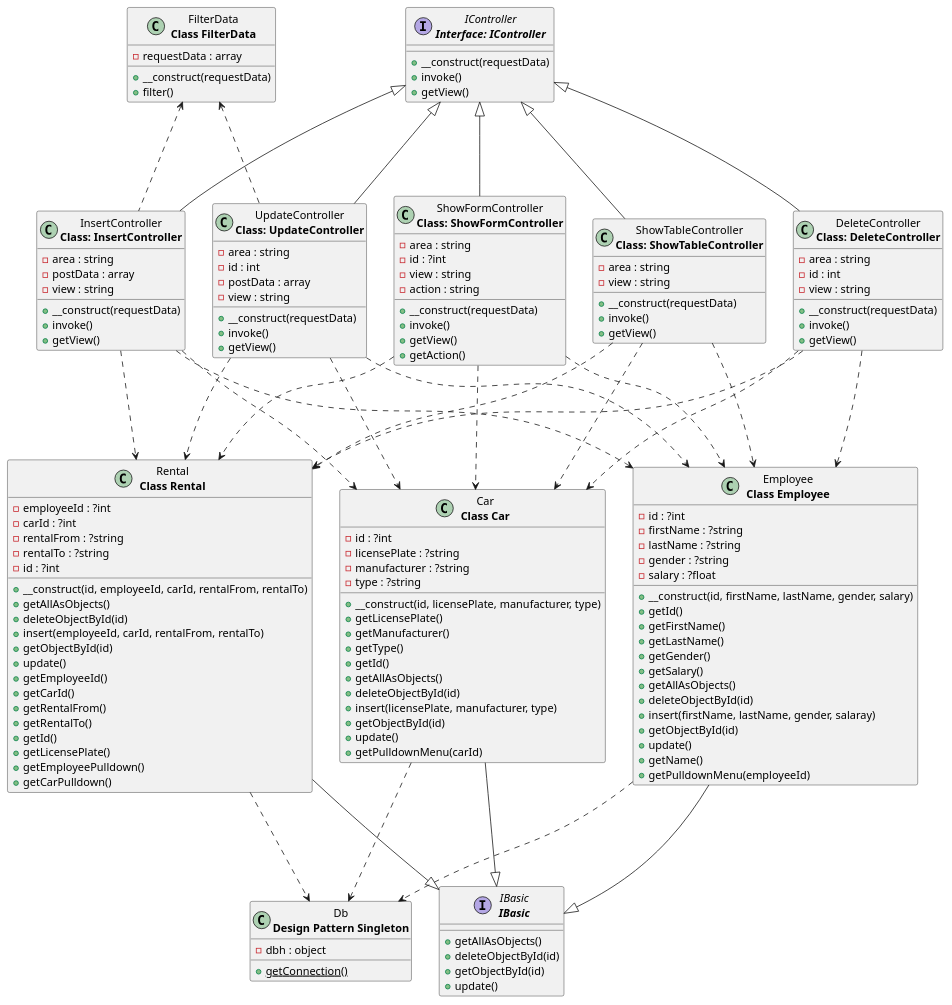
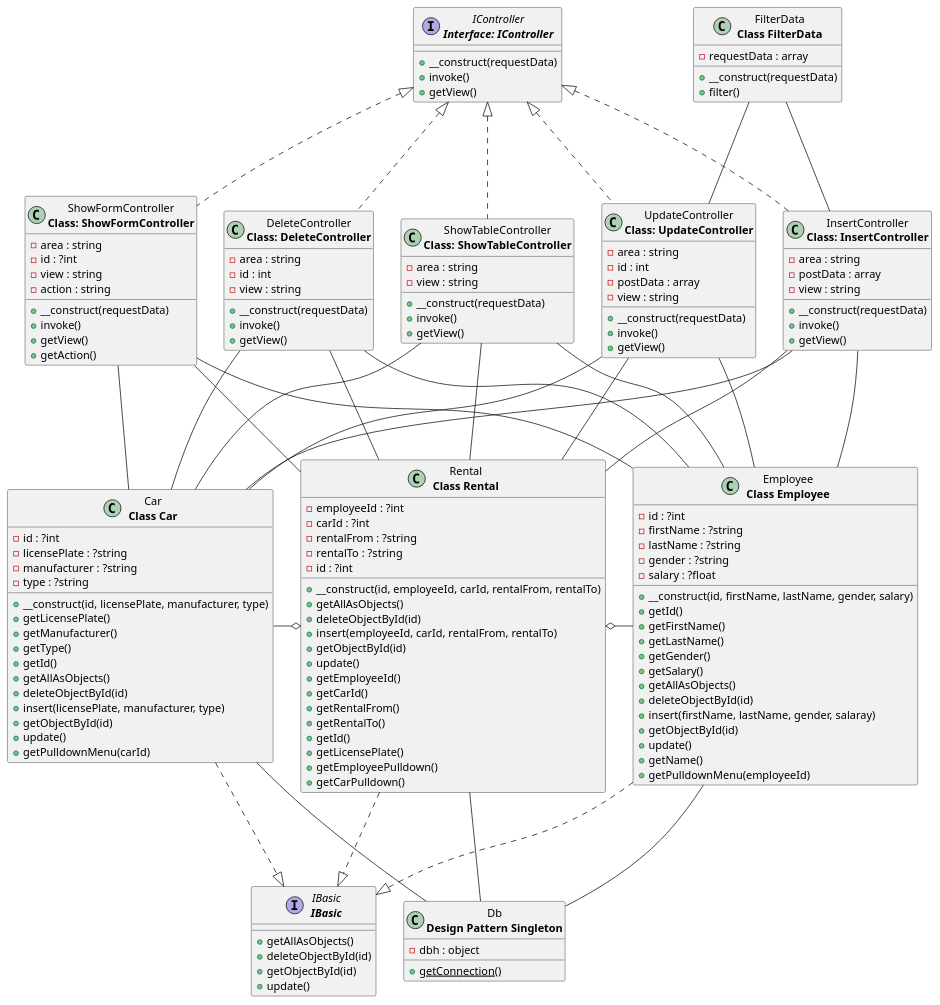
The diagram in doc/uml_classes.puml (23b00t/company), drawn with PlantUML before and after one commit. The commit also changed 3 other files, not shown here.

Commit message:
Refactoring; UML class diagramm

```diff
--- a/doc/uml_classes.puml
+++ b/doc/uml_classes.puml
@@ -1,150 +1,152 @@
 @startuml
   class "Employee\n<b>Class Employee</b>" as Employee {
     -id : ?int
     -firstName : ?string
     -lastName : ?string
     -gender : ?string
     -salary : ?float
     +__construct(id, firstName, lastName, gender, salary)
     +getId()
     +getFirstName()
     +getLastName()
     +getGender()
     +getSalary()
     +getAllAsObjects()
     +deleteObjectById(id)
     +insert(firstName, lastName, gender, salaray)
     +getObjectById(id)
     +update()
     +getName()
     +getPulldownMenu(employeeId)
   }
   class "Rental\n<b>Class Rental</b>" as Rental {
     -employeeId : ?int
     -carId : ?int
     -rentalFrom : ?string
     -rentalTo : ?string
     -id : ?int
     +__construct(id, employeeId, carId, rentalFrom, rentalTo)
     +getAllAsObjects()
     +deleteObjectById(id)
     +insert(employeeId, carId, rentalFrom, rentalTo)
     +getObjectById(id)
     +update()
     +getEmployeeId()
     +getCarId()
     +getRentalFrom()
     +getRentalTo()
     +getId()
     +getLicensePlate()
     +getEmployeePulldown()
     +getCarPulldown()
   }
   class "FilterData\n<b>Class FilterData</b>" as FilterData {
     -requestData : array
     +__construct(requestData)
     +filter()
   }
   class "InsertController\n<b>Class: InsertController</b>" as InsertController {
     -area : string
     -postData : array
     -view : string
     +__construct(requestData)
     +invoke()
     +getView()
   }
   interface "IController\n<b>Interface: IController</b>" as IController {
     +__construct(requestData)
     +invoke()
     +getView()
   }
   class "ShowTableController\n<b>Class: ShowTableController</b>" as ShowTableController {
     -area : string
     -view : string
     +__construct(requestData)
     +invoke()
     +getView()
   }
   class "Db\n<b>Design Pattern Singleton</b>" as Db {
     -dbh : object
     {static} +getConnection()
   }
   class "ShowFormController\n<b>Class: ShowFormController</b>" as ShowFormController {
     -area : string
     -id : ?int
     -view : string
     -action : string
     +__construct(requestData)
     +invoke()
     +getView()
     +getAction()
   }
   class "UpdateController\n<b>Class: UpdateController</b>" as UpdateController {
     -area : string
     -id : int
     -postData : array
     -view : string
     +__construct(requestData)
     +invoke()
     +getView()
   }
   class "Car\n<b>Class Car</b>" as Car {
     -id : ?int
     -licensePlate : ?string
     -manufacturer : ?string
     -type : ?string
     +__construct(id, licensePlate, manufacturer, type)
     +getLicensePlate()
     +getManufacturer()
     +getType()
     +getId()
     +getAllAsObjects()
     +deleteObjectById(id)
     +insert(licensePlate, manufacturer, type)
     +getObjectById(id)
     +update()
     +getPulldownMenu(carId)
   }
   class "DeleteController\n<b>Class: DeleteController</b>" as DeleteController {
     -area : string
     -id : int
     -view : string
     +__construct(requestData)
     +invoke()
     +getView()
   }
   interface "IBasic\n<b>IBasic</b>" as IBasic {
     +getAllAsObjects()
     +deleteObjectById(id)
     +getObjectById(id)
     +update()
   }
-  Car ...> Db
-  DeleteController ...> Car
-  InsertController ...> Car
-  ShowFormController ...> Car
-  ShowTableController ...> Car
-  UpdateController ...> Car
-  DeleteController ...> Employee
-  InsertController ...> Employee
-  ShowFormController ...> Employee
-  ShowTableController ...> Employee
-  UpdateController ...> Employee
-  DeleteController ...> Rental
-  InsertController ...> Rental
-  ShowFormController ...> Rental
-  ShowTableController ...> Rental
-  UpdateController ...> Rental
-  Employee ...> Db
-  IBasic <|-up-- Car
-  IBasic <|-up-- Employee
-  IBasic <|-up-- Rental
-  IController <|--- DeleteController
-  IController <|--- InsertController
-  IController <|--- ShowFormController
-  IController <|--- ShowTableController
-  IController <|--- UpdateController
-  InsertController .up..> FilterData
-  Rental ...> Db
-  UpdateController .up..> FilterData
+  Car --- Db
+  DeleteController --- Car
+  InsertController --- Car
+  ShowFormController --- Car
+  ShowTableController --- Car
+  UpdateController --- Car
+  DeleteController --- Employee
+  InsertController --- Employee
+  ShowFormController --- Employee
+  ShowTableController --- Employee
+  UpdateController --- Employee
+  DeleteController --- Rental
+  InsertController --- Rental
+  ShowFormController --- Rental
+  ShowTableController --- Rental
+  UpdateController --- Rental
+  Employee --- Db
+  IBasic <|.up.. Car
+  IBasic <|.up.. Employee
+  IBasic <|.up.. Rental
+  Car -right--o Rental
+  Employee -left--o Rental
+  IController <|... DeleteController
+  IController <|... InsertController
+  IController <|... ShowFormController
+  IController <|... ShowTableController
+  IController <|... UpdateController
+  InsertController -up-- FilterData
+  Rental --- Db
+  UpdateController -up-- FilterData
 @enduml
```
